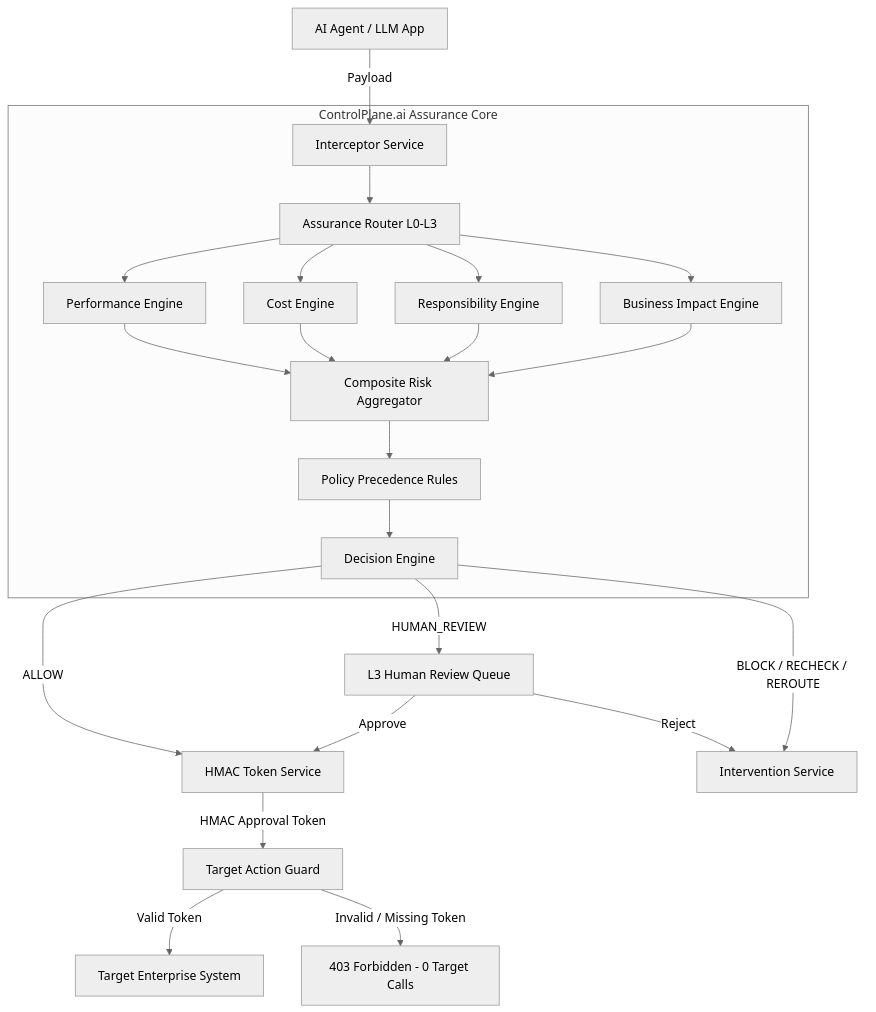
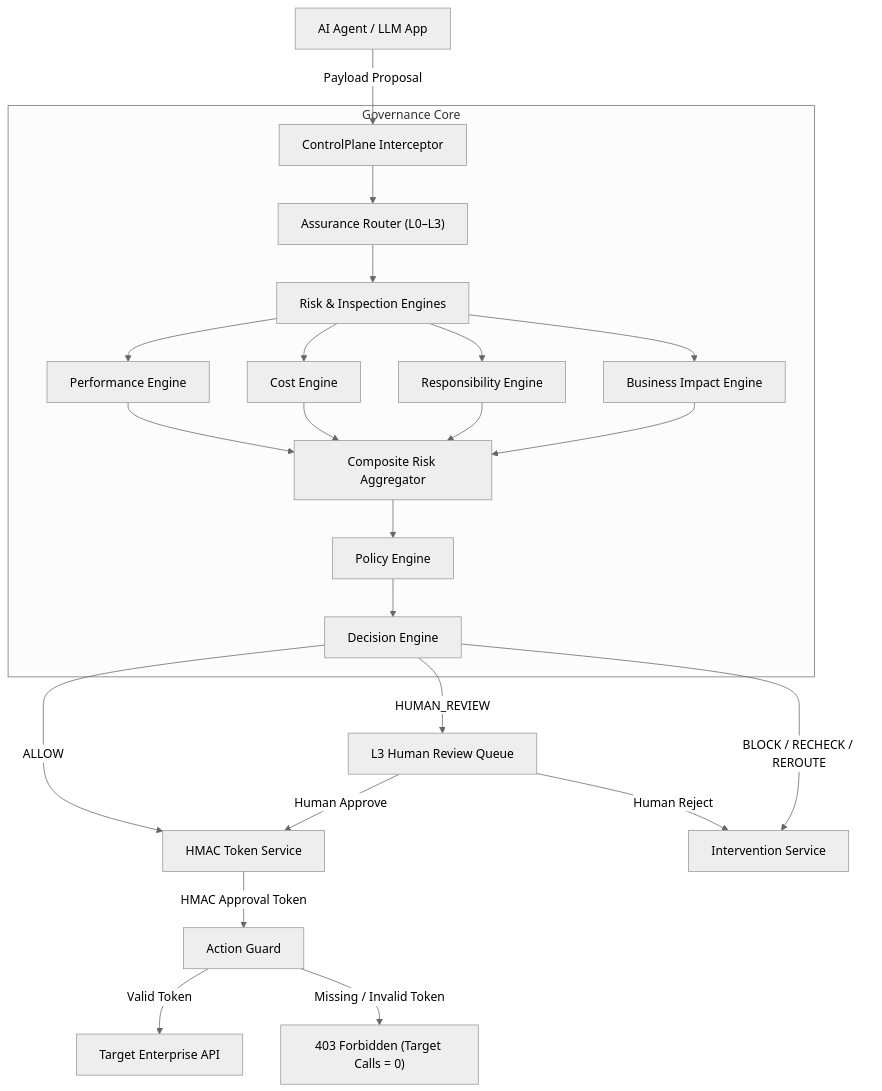
The diagram in README.md (PrinceKumarIITJ/controlplane-ai), drawn with Mermaid (neutral theme) before and after one commit. The commit also changed other lines of this file and 2 other files, not shown here.

````diff
--- a/README.md
+++ b/README.md
@@ -38,31 +104,32 @@
 ```mermaid
 graph TD
-    Client[AI Agent / LLM App] -->|Payload| Interceptor[Interceptor Service]
+    Client["AI Agent / LLM App"] -->|Payload Proposal| Interceptor["ControlPlane Interceptor"]
     
-    subgraph ControlPlane.ai Assurance Core
-        Interceptor --> Router[Assurance Router L0-L3]
-        Router --> Performance[Performance Engine]
-        Router --> Cost[Cost Engine]
-        Router --> Responsibility[Responsibility Engine]
-        Router --> BusinessImpact[Business Impact Engine]
+    subgraph Governance Core
+        Interceptor --> Router["Assurance Router (L0–L3)"]
+        Router --> Engines["Risk & Inspection Engines"]
+        Engines --> PerfEngine["Performance Engine"]
+        Engines --> CostEngine["Cost Engine"]
+        Engines --> RespEngine["Responsibility Engine"]
+        Engines --> BIEngine["Business Impact Engine"]
         
-        Performance --> RiskEngine[Composite Risk Aggregator]
-        Cost --> RiskEngine
-        Responsibility --> RiskEngine
-        BusinessImpact --> RiskEngine
+        PerfEngine --> RiskAggregator["Composite Risk Aggregator"]
+        CostEngine --> RiskAggregator
+        RespEngine --> RiskAggregator
+        BIEngine --> RiskAggregator
         
-        RiskEngine --> PolicyEngine[Policy Precedence Rules]
-        PolicyEngine --> DecisionEngine[Decision Engine]
+        RiskAggregator --> PolicyEngine["Policy Engine"]
+        PolicyEngine --> DecisionEngine["Decision Engine"]
     end
 
-    DecisionEngine -->|ALLOW| TokenSvc[HMAC Token Service]
-    DecisionEngine -->|HUMAN_REVIEW| ReviewQueue[L3 Human Review Queue]
-    DecisionEngine -->|BLOCK / RECHECK / REROUTE| Intervene[Intervention Service]
+    DecisionEngine -->|ALLOW| TokenSvc["HMAC Token Service"]
+    DecisionEngine -->|HUMAN_REVIEW| ReviewQueue["L3 Human Review Queue"]
+    DecisionEngine -->|BLOCK / RECHECK / REROUTE| Intervene["Intervention Service"]
 
-    ReviewQueue -->|Approve| TokenSvc
-    ReviewQueue -->|Reject| Intervene
+    ReviewQueue -->|Human Approve| TokenSvc
+    ReviewQueue -->|Human Reject| Intervene
 
-    TokenSvc -->|HMAC Approval Token| ActionGuard[Target Action Guard]
-    ActionGuard -->|Valid Token| TargetSys[Target Enterprise System]
-    ActionGuard -->|Invalid / Missing Token| BlockTarget[403 Forbidden - 0 Target Calls]
+    TokenSvc -->|HMAC Approval Token| ActionGuard["Action Guard"]
+    ActionGuard -->|Valid Token| TargetSys["Target Enterprise API"]
+    ActionGuard -->|Missing / Invalid Token| BlockTarget["403 Forbidden (Target Calls = 0)"]
 ```
````
